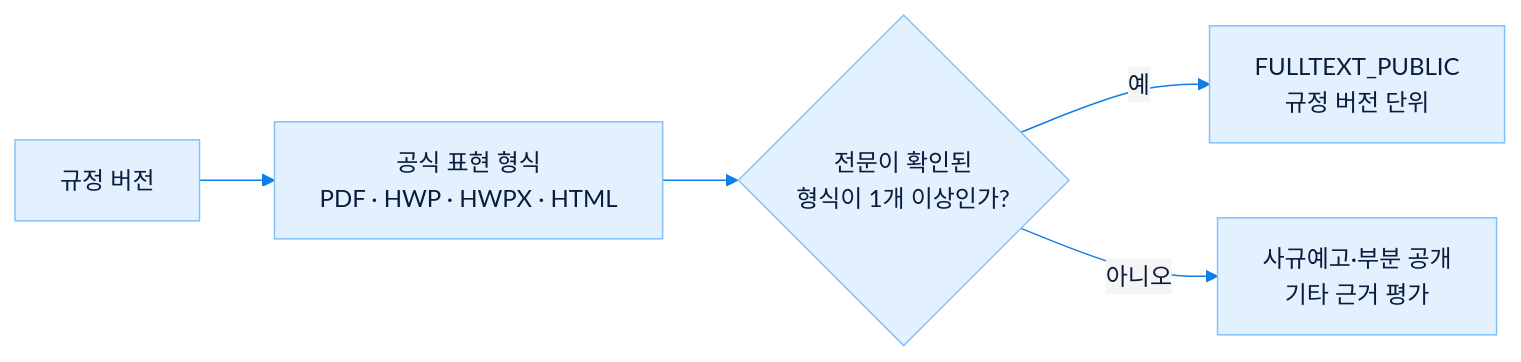
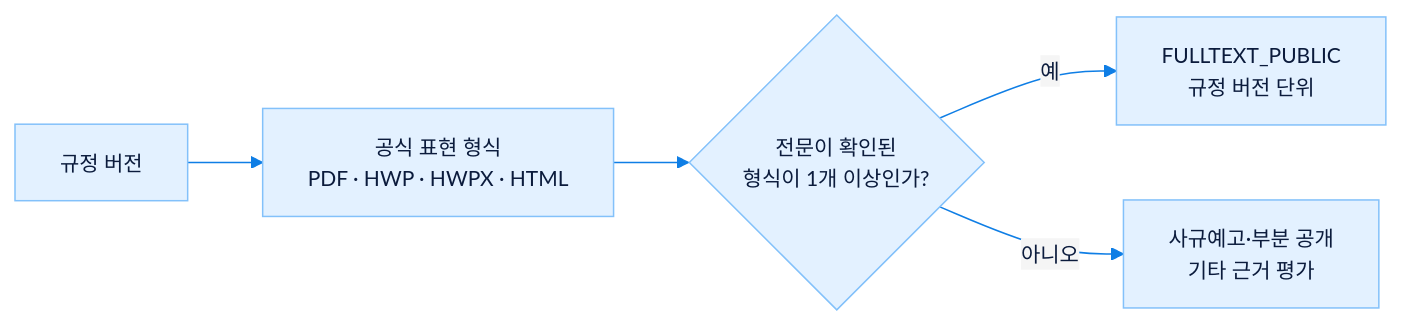
One commit to maenglion/KODIT-analysis changed the diagram in apps/public-site/data/diagrams/version-gate.mmd. Above: the diagram before and after it, drawn with Mermaid. The commit also changed 35 other files, not shown here.

```diff
--- a/apps/public-site/data/diagrams/version-gate.mmd
+++ b/apps/public-site/data/diagrams/version-gate.mmd
@@ -1,6 +1,6 @@
-%%{init: {"theme":"base","themeVariables":{"fontFamily":"Inter, Noto Sans KR, sans-serif","fontSize":"16px","primaryColor":"#e3f1ff","primaryTextColor":"#0b1b3c","primaryBorderColor":"#83c1fa","lineColor":"#0f7ee5","secondaryColor":"#f5f5f5","tertiaryColor":"#ffffff"}}}%%
+%%{init: {"theme":"base","themeVariables":{"fontFamily":"Inter, Noto Sans KR, sans-serif","fontSize":"14px","primaryColor":"#e3f1ff","primaryTextColor":"#0b1b3c","primaryBorderColor":"#83c1fa","lineColor":"#0f7ee5","secondaryColor":"#f5f5f5","tertiaryColor":"#ffffff"}}}%%
 flowchart LR
   version["규정 버전"] --> versions["공식 표현 형식<br/>PDF · HWP · HWPX · HTML"]
   versions --> gate{"전문이 확인된<br/>형식이 1개 이상인가?"}
   gate -->|예| fulltext["FULLTEXT_PUBLIC<br/>규정 버전 단위"]
   gate -->|아니오| assess["사규예고·부분 공개<br/>기타 근거 평가"]
```
